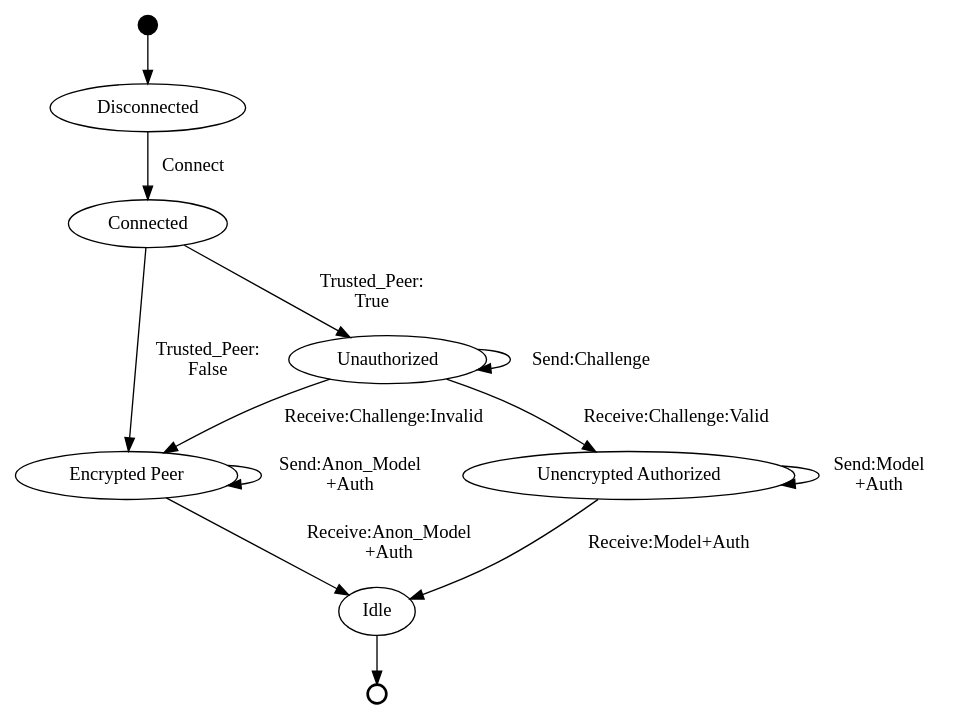
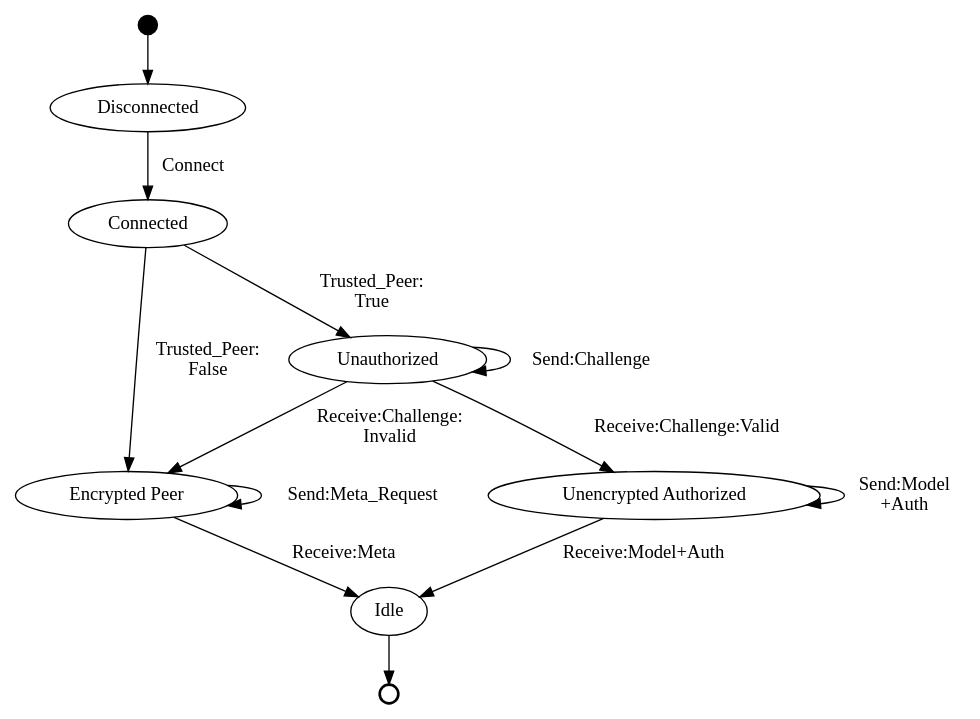
One commit to xamino/master_thesis changed the diagram in graph/sm_peer_communications.dot. Above: the diagram before and after it, drawn with Graphviz. The commit also changed 3 other files, not shown here.

```diff
--- a/graph/sm_peer_communications.dot
+++ b/graph/sm_peer_communications.dot
@@ -1,24 +1,24 @@
 digraph statemachine {
     // label
     start [shape="point" width="0.2"];
     a [label="Disconnected"];
     conn [label="Connected"];
     epeer [label="Encrypted Peer"];
     c [label="Unauthorized"];
     d [label="Unencrypted Authorized"];
     idle [label="Idle"];
     end [shape="circle" width="0.2" style="bold" label=""];
     // define
     start -> a;
     a -> conn [label=" Connect "];
     conn -> c [label=" Trusted_Peer:\nTrue "];
     c -> c [label=" Send:Challenge "];
     c -> d [label=" Receive:Challenge:Valid "];
-    c -> epeer [label=" Receive:Challenge:Invalid "];
+    c -> epeer [label=" Receive:Challenge:\nInvalid "];
     d -> d [label=" Send:Model\n+Auth "];
     d -> idle [label=" Receive:Model+Auth "];
     conn -> epeer [label=" Trusted_Peer:\nFalse "];
-    epeer -> epeer [label=" Send:Anon_Model\n+Auth "];
-    epeer -> idle [label=" Receive:Anon_Model\n+Auth "];
+    epeer -> epeer [label=" Send:Meta_Request "]
+    epeer -> idle [label=" Receive:Meta "];
     idle -> end;
 }
```
